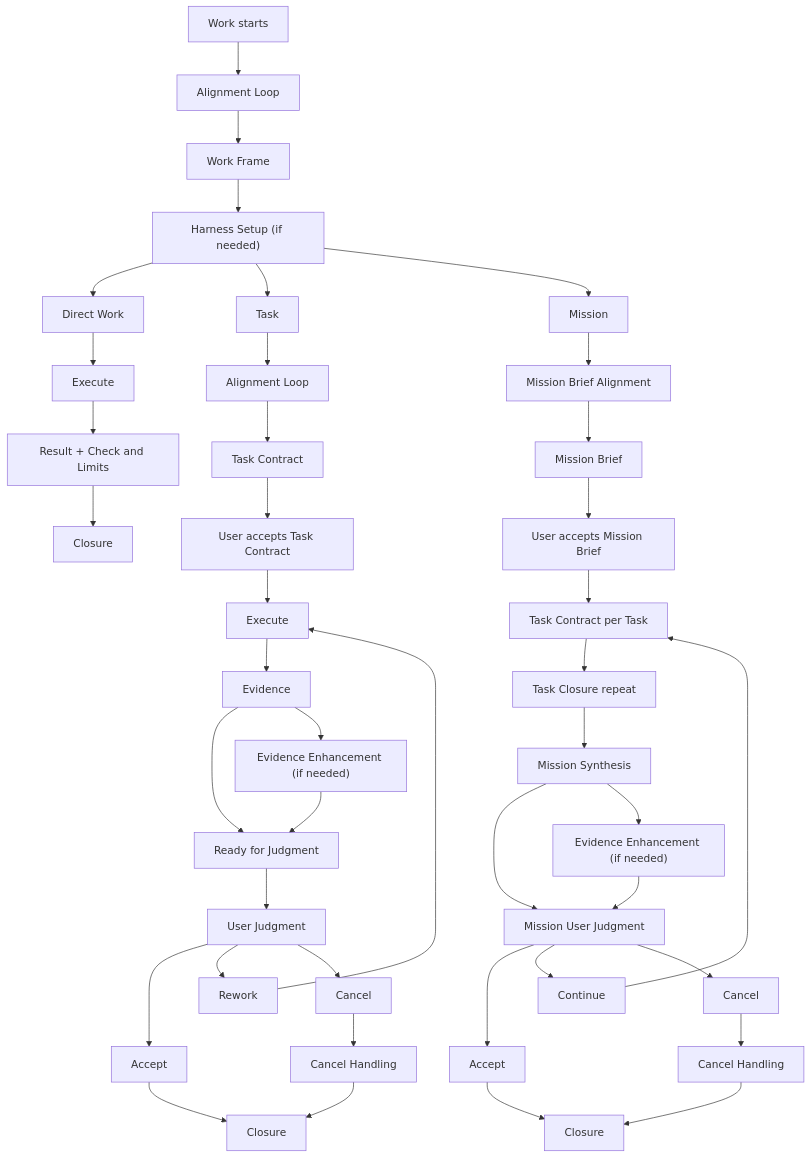
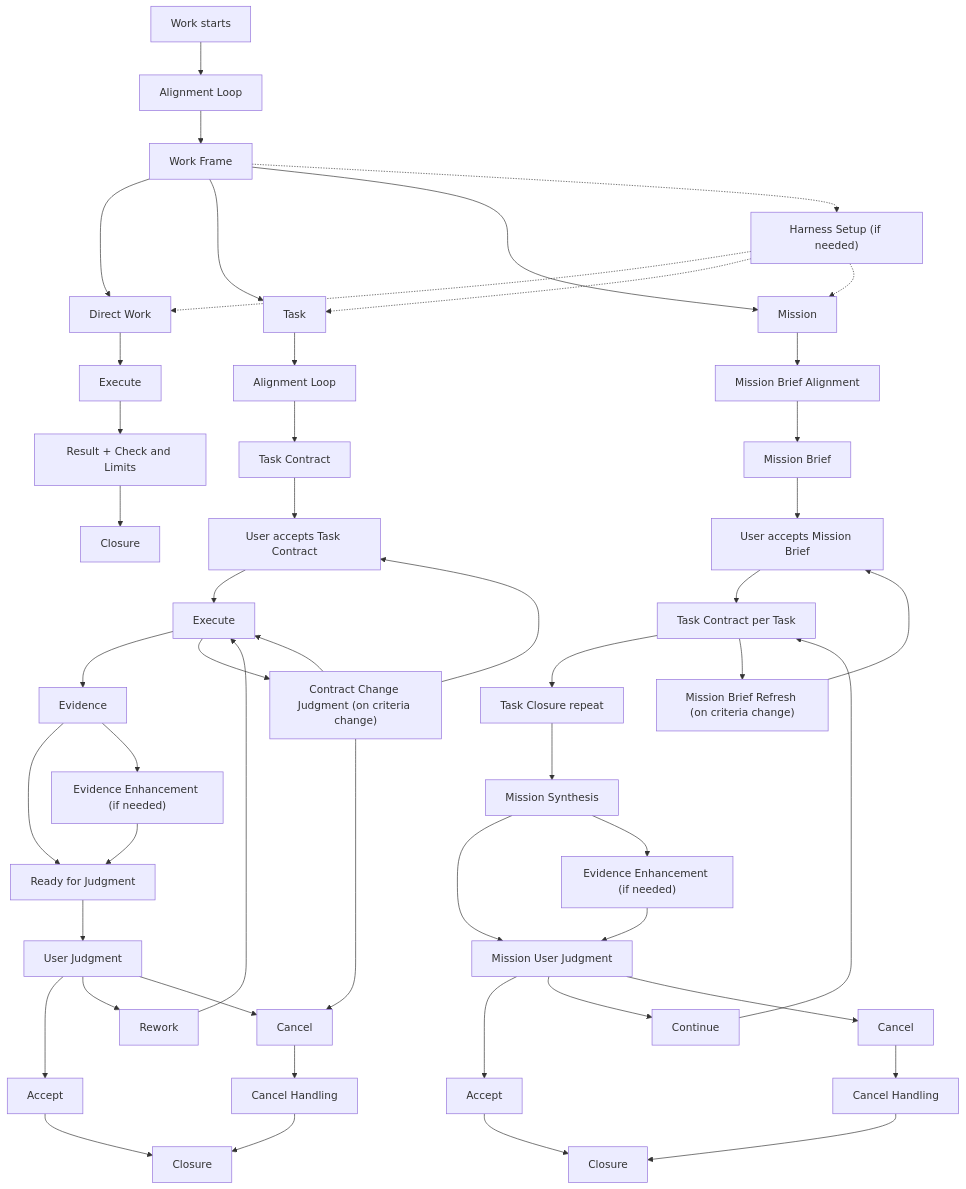
Before and after one commit to choam2426/Geas: the diagram in docs/workflow/index.md, drawn with Mermaid. The commit also changed other lines of this file and 14 other files, not shown here.

````diff
--- a/docs/workflow/index.md
+++ b/docs/workflow/index.md
@@ -35,48 +35,57 @@
 ```mermaid
 flowchart TD
   start["Work starts"] --> align["Alignment Loop"]
   align --> frame["Work Frame"]
 
-  frame --> harness["Harness Setup (if needed)"]
-  harness --> direct["Direct Work"]
-  harness --> task["Task"]
-  harness --> mission["Mission"]
+  frame --> direct["Direct Work"]
+  frame --> task["Task"]
+  frame --> mission["Mission"]
+  frame -.-> harness["Harness Setup (if needed)"]
+  harness -.-> direct
+  harness -.-> task
+  harness -.-> mission
 
   direct --> directExecute["Execute"]
   directExecute --> directResult["Result + Check and Limits"]
   directResult --> directClosure["Closure"]
 
   task --> taskAlign["Alignment Loop"]
   taskAlign --> contract["Task Contract"]
   contract --> contractAccept["User accepts Task Contract"]
   contractAccept --> taskExecute["Execute"]
   taskExecute --> taskEvidence["Evidence"]
   taskEvidence --> taskReady["Ready for Judgment"]
   taskEvidence --> taskEvidenceEnhance["Evidence Enhancement (if needed)"]
   taskEvidenceEnhance --> taskReady
   taskReady --> taskJudgment["User Judgment"]
   taskJudgment --> taskAccept["Accept"]
   taskAccept --> taskClosure["Closure"]
   taskJudgment --> taskRework["Rework"]
   taskJudgment --> taskCancel["Cancel"]
   taskRework --> taskExecute
   taskCancel --> taskCancelHandling["Cancel Handling"]
   taskCancelHandling --> taskClosure
+  taskExecute --> taskChange["Contract Change Judgment (on criteria change)"]
+  taskChange --> contractAccept
+  taskChange --> taskExecute
+  taskChange --> taskCancel
 
   mission --> missionAlign["Mission Brief Alignment"]
   missionAlign --> brief["Mission Brief"]
   brief --> briefAccept["User accepts Mission Brief"]
   briefAccept --> taskLoop["Task Contract per Task"]
   taskLoop --> taskRepeat["Task Closure repeat"]
   taskRepeat --> synthesis["Mission Synthesis"]
   synthesis --> missionJudgment["Mission User Judgment"]
   synthesis --> missionEvidenceEnhance["Evidence Enhancement (if needed)"]
   missionEvidenceEnhance --> missionJudgment
   missionJudgment --> missionAccept["Accept"]
   missionAccept --> missionClosure["Closure"]
   missionJudgment --> missionContinue["Continue"]
   missionJudgment --> missionCancel["Cancel"]
   missionContinue --> taskLoop
   missionCancel --> missionCancelHandling["Cancel Handling"]
   missionCancelHandling --> missionClosure
+  taskLoop --> briefRefresh["Mission Brief Refresh (on criteria change)"]
+  briefRefresh --> briefAccept
 ```
````
